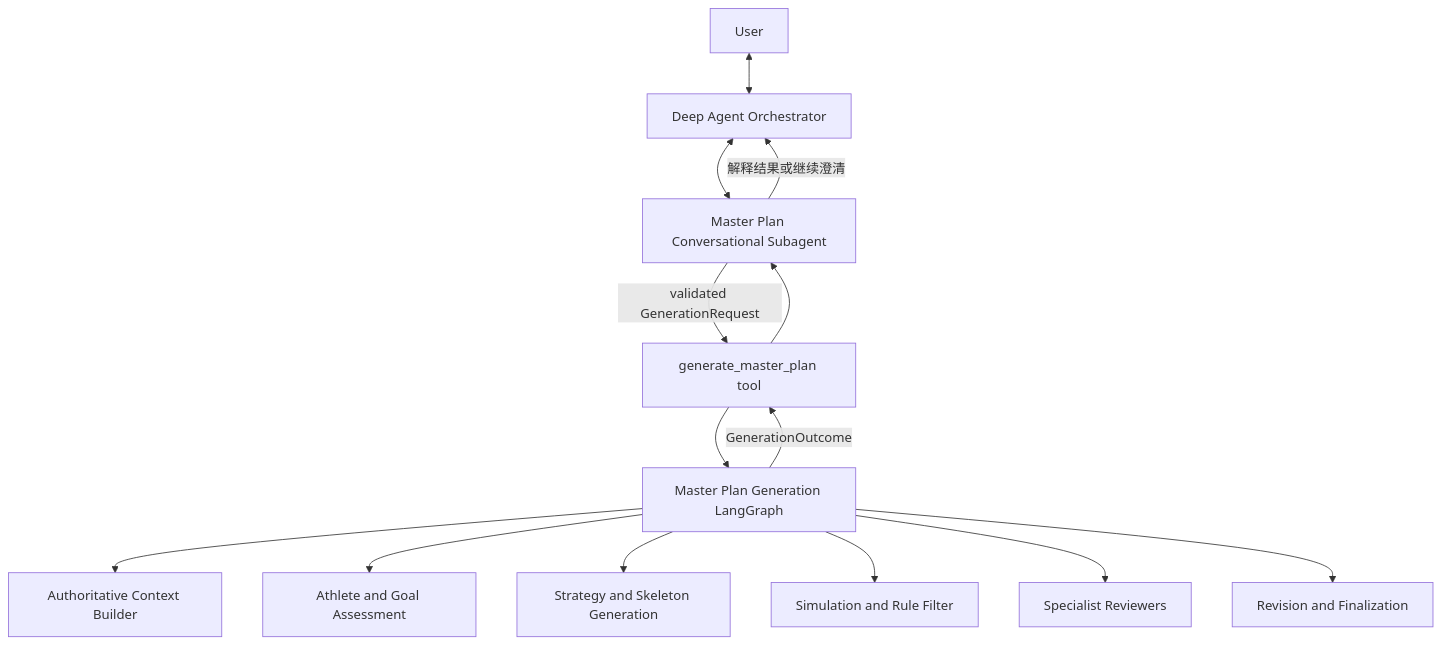
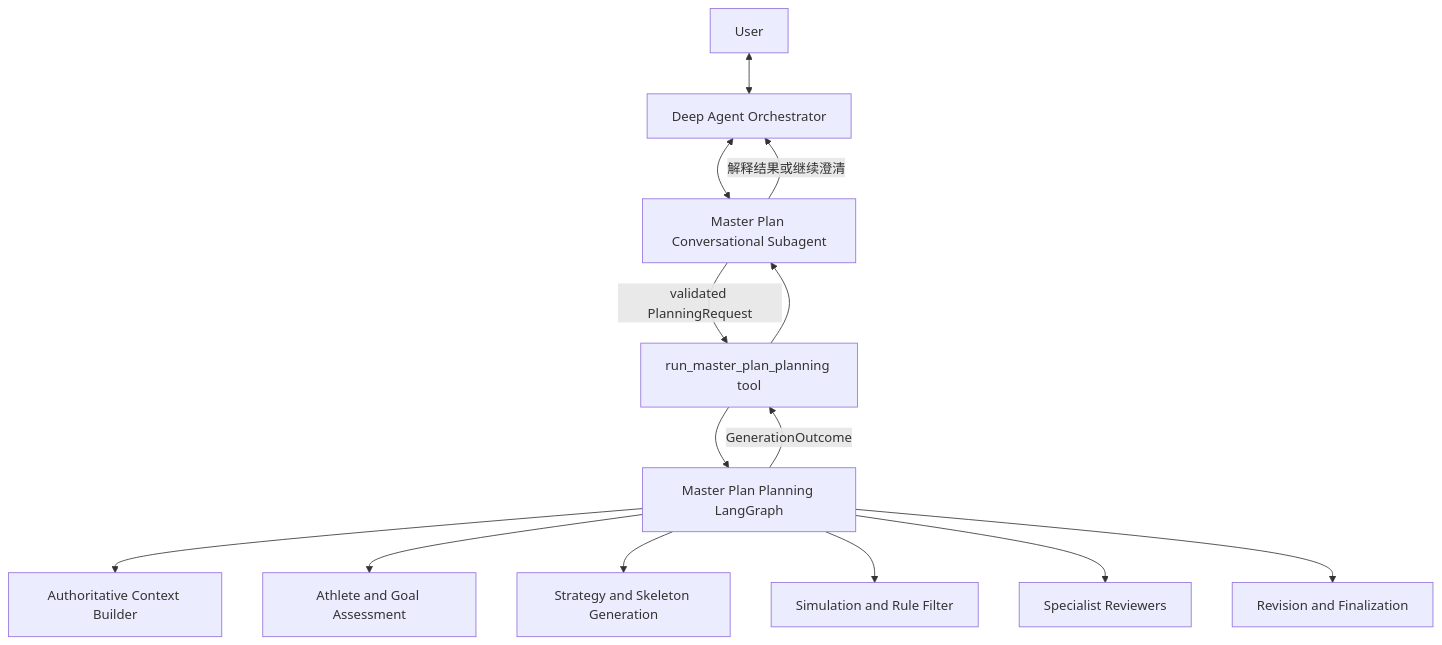
One commit to zhaochy1990/running changed the first of 2 diagrams in docs/coach_agent/architecture.md. Above: the diagram before and after it, drawn with Mermaid. The commit also changed other lines of this file and 3 other files, not shown here.

````diff
--- a/docs/coach_agent/architecture.md
+++ b/docs/coach_agent/architecture.md
@@ -19,18 +20,18 @@
 ```mermaid
 flowchart TD
     U[User] <--> O[Deep Agent Orchestrator]
     O <--> M[Master Plan Conversational Subagent]
 
-    M -->|validated GenerationRequest| T[generate_master_plan tool]
-    T --> G[Master Plan Generation LangGraph]
+    M -->|validated PlanningRequest| T[run_master_plan_planning tool]
+    T --> G[Master Plan Planning LangGraph]
     G -->|GenerationOutcome| T
     T --> M
     M -->|解释结果或继续澄清| O
 
     G --> C[Authoritative Context Builder]
     G --> A[Athlete and Goal Assessment]
     G --> S[Strategy and Skeleton Generation]
     G --> V[Simulation and Rule Filter]
     G --> R[Specialist Reviewers]
     G --> X[Revision and Finalization]
 ```
````
